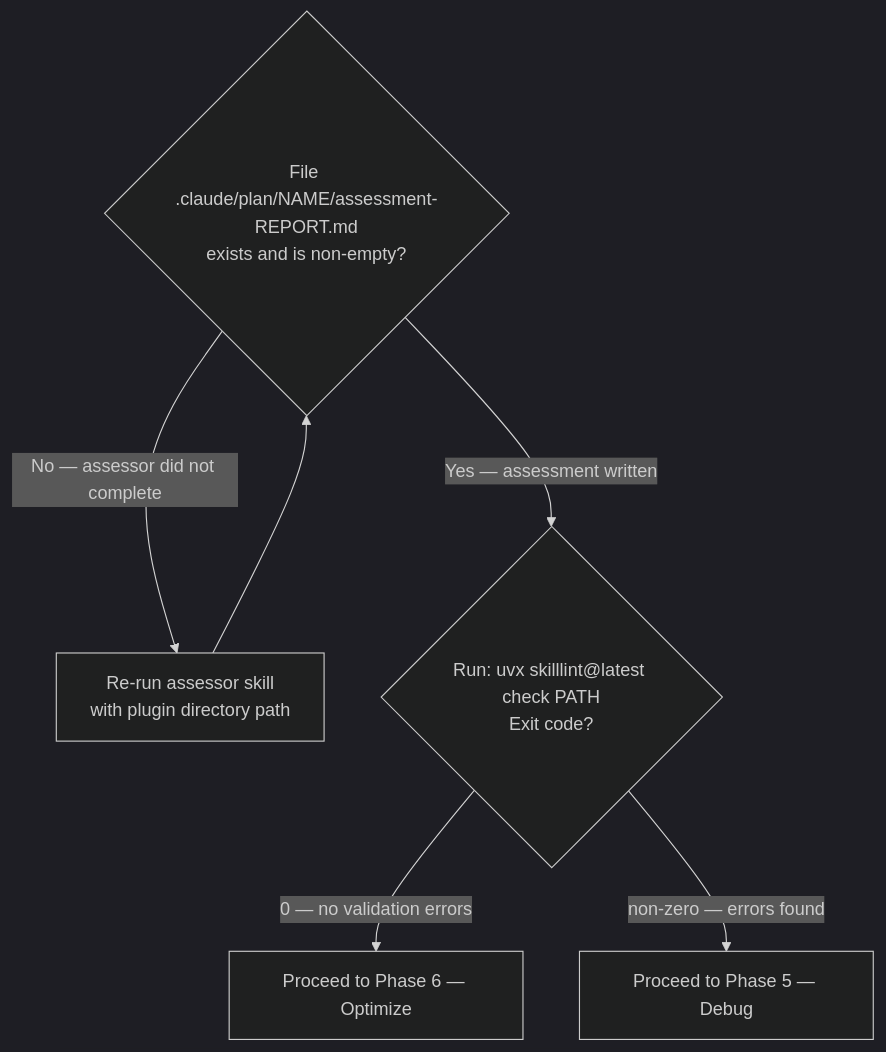
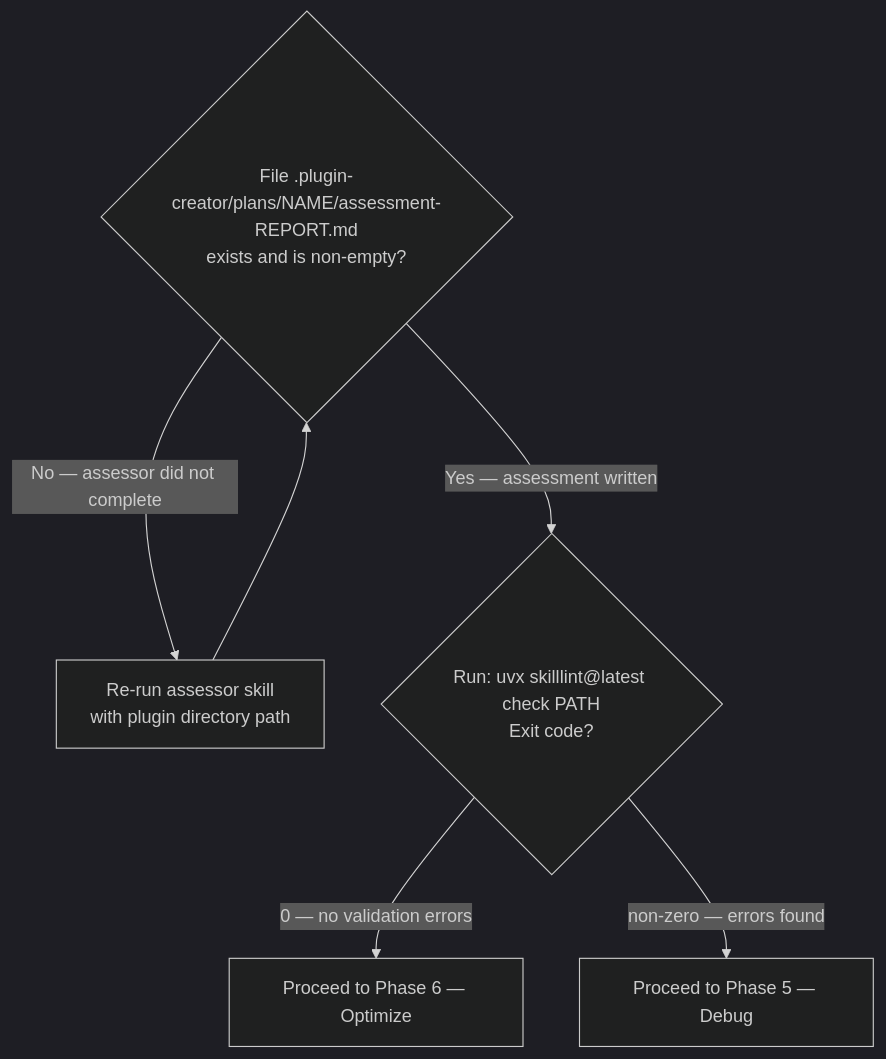
Before and after one commit to chgreer1070/claude_skills: the third of 9 diagrams in plugins/plugin-creator/skills/plugin-lifecycle/SKILL.md, drawn with Mermaid (dark theme). The commit also changed other lines of this file and 35 other files, not shown here.

First line of the commit message:
refactor(plugins): migrate data output paths from .claude/ to .plugin-creator/ and .tmp/

````diff
--- a/plugins/plugin-creator/skills/plugin-lifecycle/SKILL.md
+++ b/plugins/plugin-creator/skills/plugin-lifecycle/SKILL.md
@@ -275,10 +121,10 @@
 ```mermaid
 flowchart TD
     %% Gate 1: assessor output must exist before validator can be meaningful
-    AssessFile{"File .claude/plan/NAME/assessment-REPORT.md<br>exists and is non-empty?"}
+    AssessFile{"File .plugin-creator/plans/NAME/assessment-REPORT.md<br>exists and is non-empty?"}
     AssessFile -->|"No — assessor did not complete"| RetryAssess["Re-run assessor skill<br>with plugin directory path"]
     RetryAssess --> AssessFile
     AssessFile -->|"Yes — assessment written"| ValidatorGate{"Run: uvx skilllint@latest check PATH<br>Exit code?"}
     ValidatorGate -->|"0 — no validation errors"| Skip["Proceed to Phase 6 — Optimize"]
     ValidatorGate -->|"non-zero — errors found"| Next["Proceed to Phase 5 — Debug"]
 ```
````
